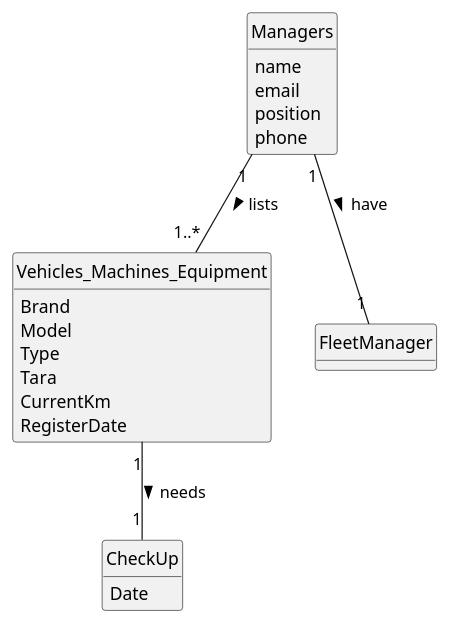
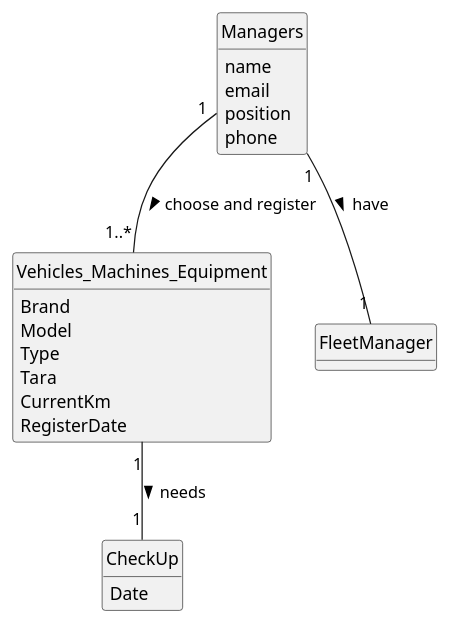
One commit to Departamento-de-Engenharia-Informatica/lei-24-s2-1df-1de-g063 changed the diagram in docs/sprintA/us008/02.analysis/puml/us008-domain-model.puml. Above: the diagram before and after it, drawn with PlantUML. The commit also changed 3 other files, not shown here.

```diff
--- a/docs/sprintA/us008/02.analysis/puml/us008-domain-model.puml
+++ b/docs/sprintA/us008/02.analysis/puml/us008-domain-model.puml
@@ -1,41 +1,41 @@
 @startuml
 skinparam monochrome true
 skinparam packageStyle rectangle
 skinparam shadowing false
 skinparam monochrome true
 skinparam packageStyle rectangle
 skinparam shadowing false
 'skinparam linetype ortho
 'left to right direction
 skinparam classAttributeIconSize 0
 hide circle
 hide methods
 
 
 class Vehicles_Machines_Equipment{
  Brand
   Model
   Type
   Tara
   CurrentKm
   RegisterDate
 }
 
 class FleetManager {
 }
 
 class CheckUp {
   Date
 }
 
 class Managers {
     name
     email
     position
     phone
 }
 
 Managers "1" -- "1" FleetManager : have >
 Vehicles_Machines_Equipment "1" -- "1" CheckUp : needs >
-Managers "1" -- "1..*" Vehicles_Machines_Equipment : lists >
+Managers "1" -- "1..*" Vehicles_Machines_Equipment : choose and register >
 @enduml
```
